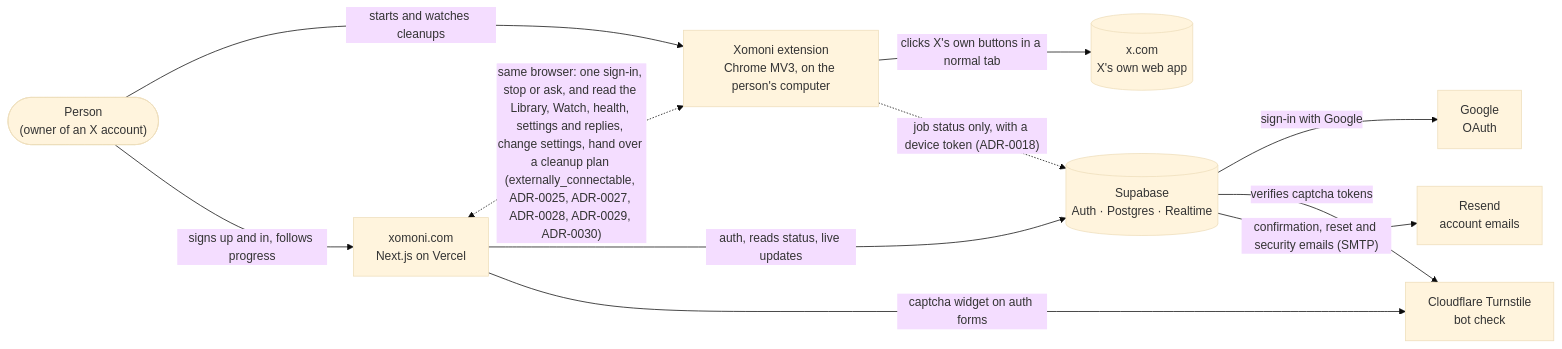
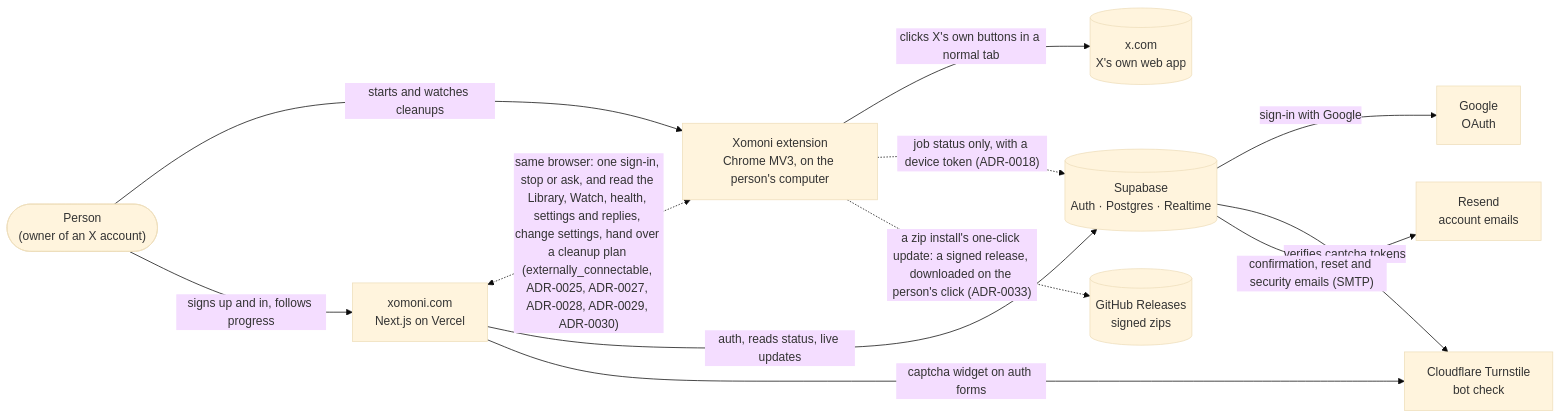
One commit to pirdehi/xomoni changed the first of 5 diagrams in docs/ARCHITECTURE.md. Above: the diagram before and after it, drawn with Mermaid (base theme). The commit also changed other lines of this file and 59 other files, not shown here.

First line of the commit message:
One-click updates for the zip install: signed releases, written into Xomoni's own folder (#305) (#316)

````diff
--- a/docs/ARCHITECTURE.md
+++ b/docs/ARCHITECTURE.md
@@ -29,22 +29,24 @@
 ```mermaid
 flowchart LR
   person(["Person<br/>(owner of an X account)"])
   ext["Xomoni extension<br/>Chrome MV3, on the person's computer"]
   web["xomoni.com<br/>Next.js on Vercel"]
   x[("x.com<br/>X's own web app")]
   sb[("Supabase<br/>Auth · Postgres · Realtime")]
   google["Google<br/>OAuth"]
   resend["Resend<br/>account emails"]
   turnstile["Cloudflare Turnstile<br/>bot check"]
+  gh[("GitHub Releases<br/>signed zips")]
 
   person -- "starts and watches cleanups" --> ext
   person -- "signs up and in, follows progress" --> web
   ext -- "clicks X's own buttons in a normal tab" --> x
   ext -. "job status only, with a device token (ADR-0018)" .-> sb
+  ext -. "a zip install's one-click update: a signed release, downloaded on the person's click (ADR-0033)" .-> gh
   web <-. "same browser: one sign-in, stop or ask, and read the Library, Watch, health, settings and replies, change settings, hand over a cleanup plan (externally_connectable, ADR-0025, ADR-0027, ADR-0028, ADR-0029, ADR-0030)" .-> ext
   web -- "auth, reads status, live updates" --> sb
   web -- "captcha widget on auth forms" --> turnstile
   sb -- "sign-in with Google" --> google
   sb -- "verifies captcha tokens" --> turnstile
   sb -- "confirmation, reset and security emails (SMTP)" --> resend
 ```
````
